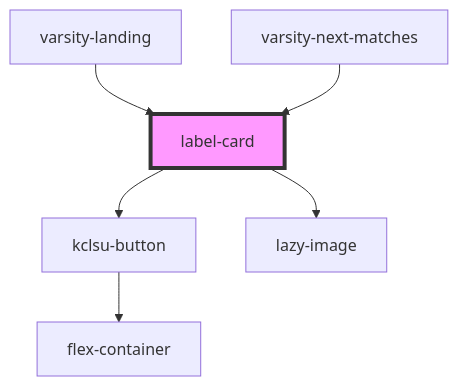
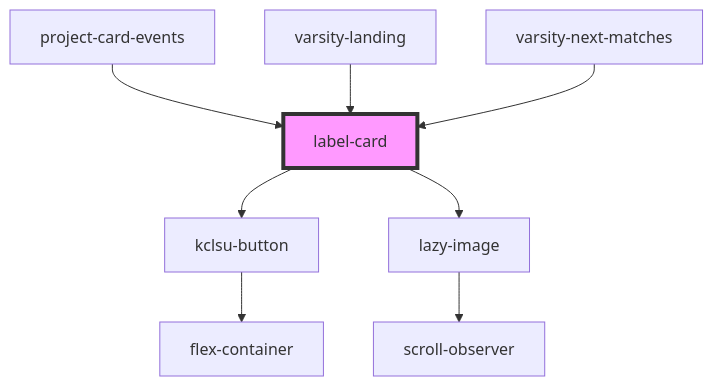
The diagram in src/components/cards/label-card/readme.md (dev-kylo/component_library), drawn with Mermaid before and after one commit. The commit also changed other lines of this file and 33 other files, not shown here.

````diff
--- a/src/components/cards/label-card/readme.md
+++ b/src/components/cards/label-card/readme.md
@@ -38,9 +41,11 @@
 ```mermaid
 graph TD;
   label-card --> kclsu-button
   label-card --> lazy-image
   kclsu-button --> flex-container
+  lazy-image --> scroll-observer
+  project-card-events --> label-card
   varsity-landing --> label-card
   varsity-next-matches --> label-card
   style label-card fill:#f9f,stroke:#333,stroke-width:4px
 ```
````
